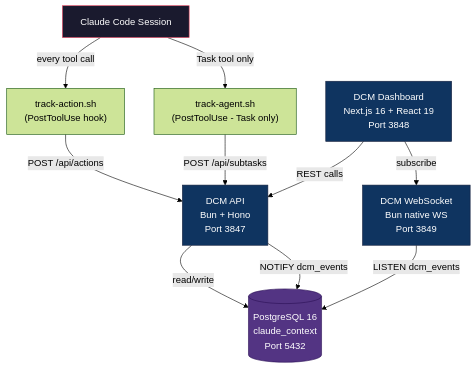
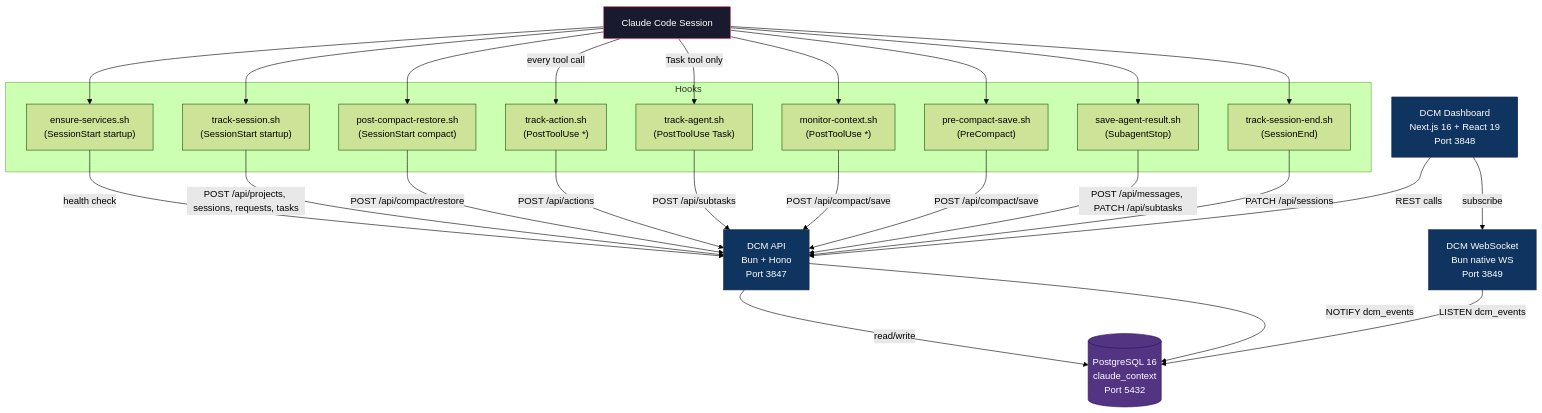
One commit to ronylicha/Claude-DCM changed the first of 9 diagrams in docs/ARCHITECTURE.md. Above: the diagram before and after it, drawn with Mermaid (forest theme). The commit also changed other lines of this file and 11 other files, not shown here.

First line of the commit message:
feat(dcm): auto-start services via plugin hook + complete docs rewrite

````diff
--- a/docs/ARCHITECTURE.md
+++ b/docs/ARCHITECTURE.md
@@ -44,29 +50,54 @@
 ```mermaid
 graph TB
     CC["Claude Code Session"]
-    TA["track-action.sh<br/>(PostToolUse hook)"]
-    TG["track-agent.sh<br/>(PostToolUse - Task only)"]
 
-    API["DCM API<br/>Bun + Hono<br/>Port 3847"]
-    WS["DCM WebSocket<br/>Bun native WS<br/>Port 3849"]
-    DB[("PostgreSQL 16<br/>claude_context<br/>Port 5432")]
-    DASH["DCM Dashboard<br/>Next.js 16 + React 19<br/>Port 3848"]
+    subgraph Hooks
+        ES["ensure-services.sh\n(SessionStart startup)"]
+        TS["track-session.sh\n(SessionStart startup)"]
+        PCR["post-compact-restore.sh\n(SessionStart compact)"]
+        TA["track-action.sh\n(PostToolUse *)"]
+        TG["track-agent.sh\n(PostToolUse Task)"]
+        MC["monitor-context.sh\n(PostToolUse *)"]
+        PCS["pre-compact-save.sh\n(PreCompact)"]
+        SAR["save-agent-result.sh\n(SubagentStop)"]
+        TSE["track-session-end.sh\n(SessionEnd)"]
+    end
 
+    API["DCM API\nBun + Hono\nPort 3847"]
+    WS["DCM WebSocket\nBun native WS\nPort 3849"]
+    DB[("PostgreSQL 16\nclaude_context\nPort 5432")]
+    DASH["DCM Dashboard\nNext.js 16 + React 19\nPort 3848"]
+
+    CC --> ES
+    CC --> TS
+    CC --> PCR
     CC -->|every tool call| TA
     CC -->|Task tool only| TG
+    CC --> MC
+    CC --> PCS
+    CC --> SAR
+    CC --> TSE
+
+    ES -->|health check| API
+    TS -->|POST /api/projects, sessions, requests, tasks| API
+    PCR -->|POST /api/compact/restore| API
     TA -->|POST /api/actions| API
     TG -->|POST /api/subtasks| API
+    MC -->|POST /api/compact/save| API
+    PCS -->|POST /api/compact/save| API
+    SAR -->|POST /api/messages, PATCH /api/subtasks| API
+    TSE -->|PATCH /api/sessions| API
 
     API -->|read/write| DB
     WS -->|LISTEN dcm_events| DB
     API -->|NOTIFY dcm_events| DB
 
     DASH -->|REST calls| API
     DASH -->|subscribe| WS
 
     style CC fill:#1a1a2e,stroke:#e94560,color:#fff
     style API fill:#0f3460,stroke:#16213e,color:#fff
     style WS fill:#0f3460,stroke:#16213e,color:#fff
     style DB fill:#533483,stroke:#2b1055,color:#fff
     style DASH fill:#0f3460,stroke:#16213e,color:#fff
 ```
````
